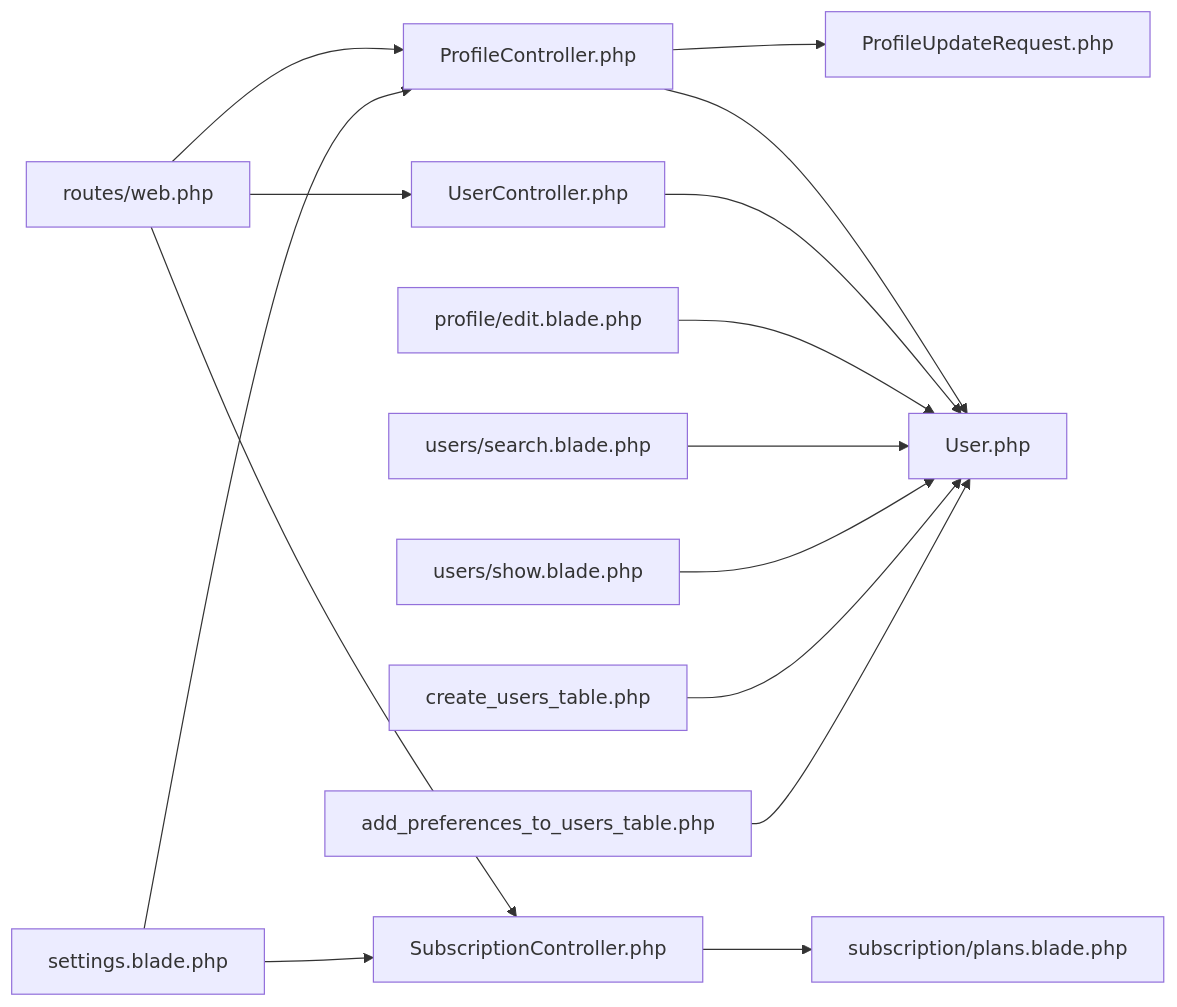
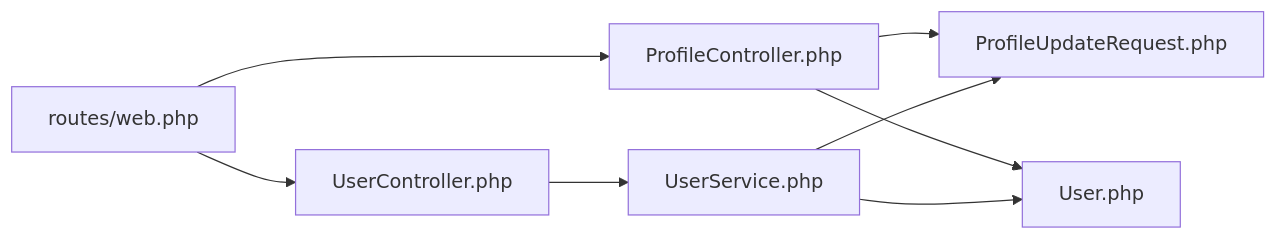
Before and after one commit to VenokM05/Travel_Project: the sixth of 6 diagrams in .qoder/repowiki/en/content/User Management.md, drawn with Mermaid. The commit also changed other lines of this file and 12 other files, not shown here.

````diff
--- a/.qoder/repowiki/en/content/User Management.md
+++ b/.qoder/repowiki/en/content/User Management.md
@@ -407,17 +339,10 @@
 ```mermaid
 graph LR
 WR["routes/web.php"] --> PC["ProfileController.php"]
 WR --> UC["UserController.php"]
-WR --> SC["SubscriptionController.php"]
 PC --> PUR["ProfileUpdateRequest.php"]
 PC --> U["User.php"]
-UC --> U
-SC --> PL["subscription/plans.blade.php"]
-SE["settings.blade.php"] --> PC
-SE --> SC
-PE["profile/edit.blade.php"] --> U
-USV["users/search.blade.php"] --> U
-UDV["users/show.blade.php"] --> U
-CUT["create_users_table.php"] --> U
-AP["add_preferences_to_users_table.php"] --> U
+UC --> US["UserService.php"]
+US --> U
+US --> PUR
 ```
````
